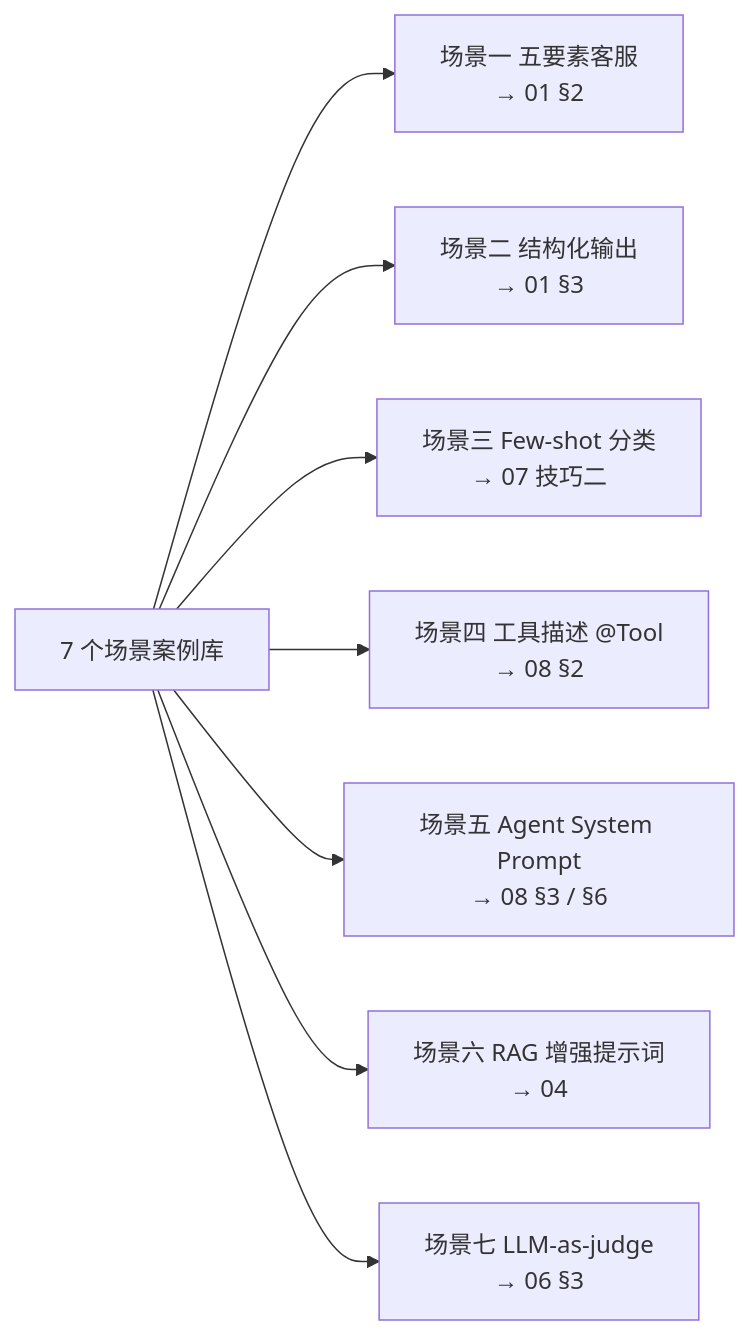
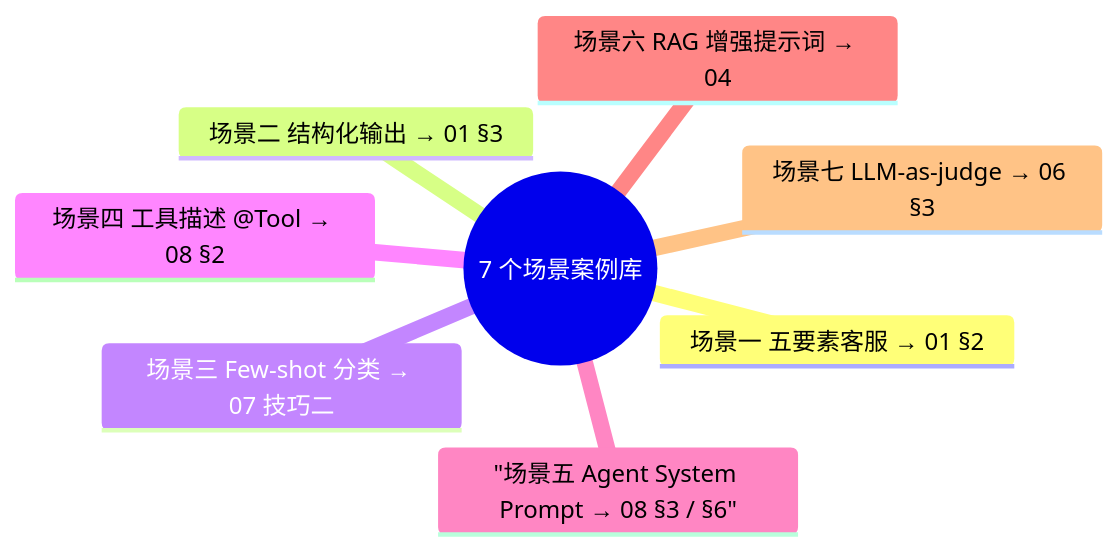
Before and after one commit to UranusGit/java-agent-learn: the first of 3 diagrams in docs/附录/Agent与提示词工程专题/16-框架提示词案例库.md, drawn with Mermaid. The commit also changed 11 other files, not shown here.

First line of the commit message:
docs全库mermaid图选型复核：纯分类图由flowchart改为mindmap

````diff
--- a/docs/附录/Agent与提示词工程专题/16-框架提示词案例库.md
+++ b/docs/附录/Agent与提示词工程专题/16-框架提示词案例库.md
@@ -18,10 +18,11 @@
 ```mermaid
-flowchart LR
-    LIB["7 个场景案例库"] --> S1["场景一 五要素客服<br/>→ 01 §2"]
-    LIB --> S2["场景二 结构化输出<br/>→ 01 §3"]
-    LIB --> S3["场景三 Few-shot 分类<br/>→ 07 技巧二"]
-    LIB --> S4["场景四 工具描述 @Tool<br/>→ 08 §2"]
-    LIB --> S5["场景五 Agent System Prompt<br/>→ 08 §3 / §6"]
-    LIB --> S6["场景六 RAG 增强提示词<br/>→ 04"]
-    LIB --> S7["场景七 LLM-as-judge<br/>→ 06 §3"]
+mindmap
+  root((7 个场景案例库))
+    场景一 五要素客服 → 01 §2
+    场景二 结构化输出 → 01 §3
+    场景三 Few-shot 分类 → 07 技巧二
+    场景四 工具描述 @Tool → 08 §2
+    "场景五 Agent System Prompt → 08 §3 / §6"
+    场景六 RAG 增强提示词 → 04
+    场景七 LLM-as-judge → 06 §3
 ```
````
